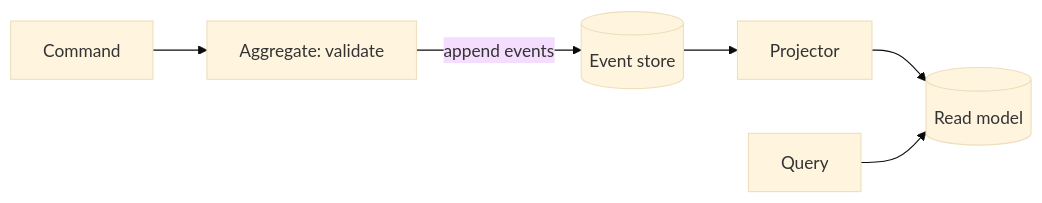
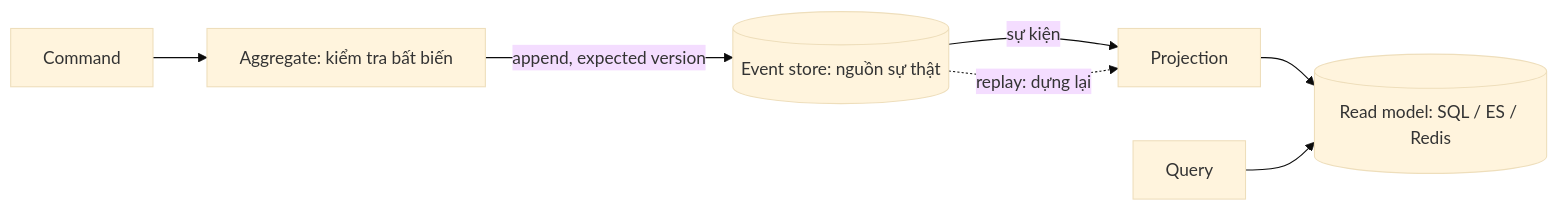
One commit to passion-Infinity/personal-tech-playbook changed the diagram in src/assets/knowledge/playbooks/distributed/cqrs-event-sourcing.md. Above: the diagram before and after it, drawn with Mermaid (base theme). The commit also changed other lines of this file and 4 other files, not shown here.

````diff
--- a/src/assets/knowledge/playbooks/distributed/cqrs-event-sourcing.md
+++ b/src/assets/knowledge/playbooks/distributed/cqrs-event-sourcing.md
@@ -23,8 +45,9 @@
 ```mermaid
 flowchart LR
-    CMD[Command] --> AGG[Aggregate: validate]
-    AGG -->|append events| ES[(Event store)]
-    ES --> PRJ[Projector]
-    PRJ --> RM[(Read model)]
-    Q[Query] --> RM
+    CMD["Command"] --> AGG["Aggregate: kiểm tra bất biến"]
+    AGG -->|"append, expected version"| ES[("Event store: nguồn sự thật")]
+    ES -->|"sự kiện"| PR["Projection"]
+    PR --> RM[("Read model: SQL / ES / Redis")]
+    Q["Query"] --> RM
+    ES -.->|"replay: dựng lại"| PR
 ```
````
